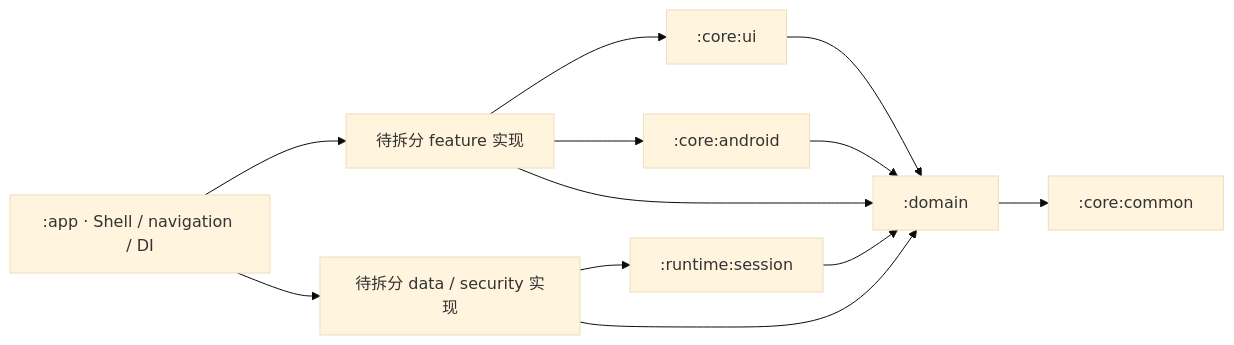
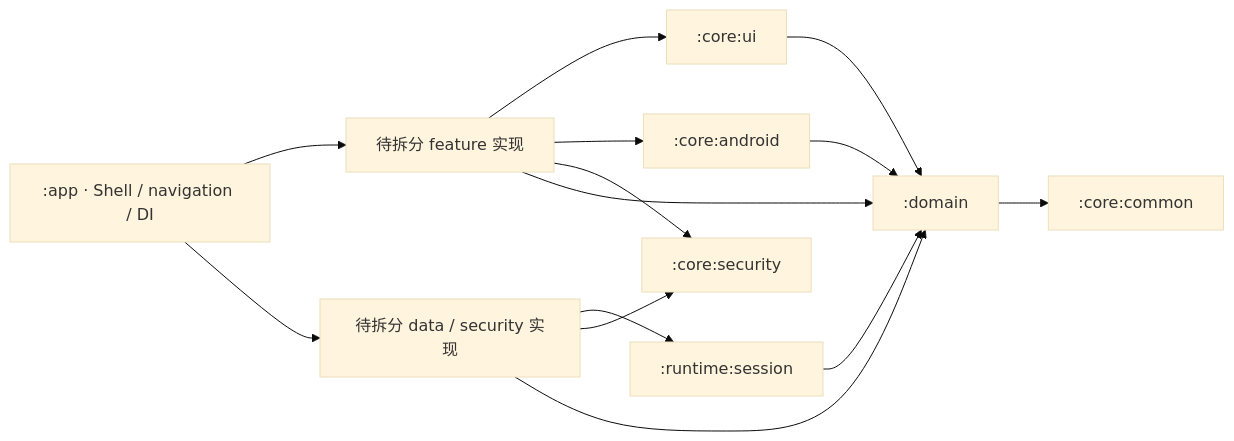
Before and after one commit to aozijx/Passly: the first of 2 diagrams in docs/architecture/overview.md, drawn with Mermaid (base theme). The commit also changed other lines of this file and 6 other files, not shown here.

Commit message:
refactor(security): extract sensitive memory core

````diff
--- a/docs/architecture/overview.md
+++ b/docs/architecture/overview.md
@@ -18,14 +19,16 @@
 ```mermaid
 flowchart LR
     APP[":app · Shell / navigation / DI"] --> FEATURE["待拆分 feature 实现"]
     APP --> DATA["待拆分 data / security 实现"]
     FEATURE --> UI[":core:ui"]
     FEATURE --> ANDROID[":core:android"]
+    FEATURE --> SECURITY[":core:security"]
     FEATURE --> D[":domain"]
     DATA --> SESSION[":runtime:session"]
+    DATA --> SECURITY
     DATA --> D
     UI --> D
     ANDROID --> D
     SESSION --> D
     D --> COMMON[":core:common"]
 ```
````
